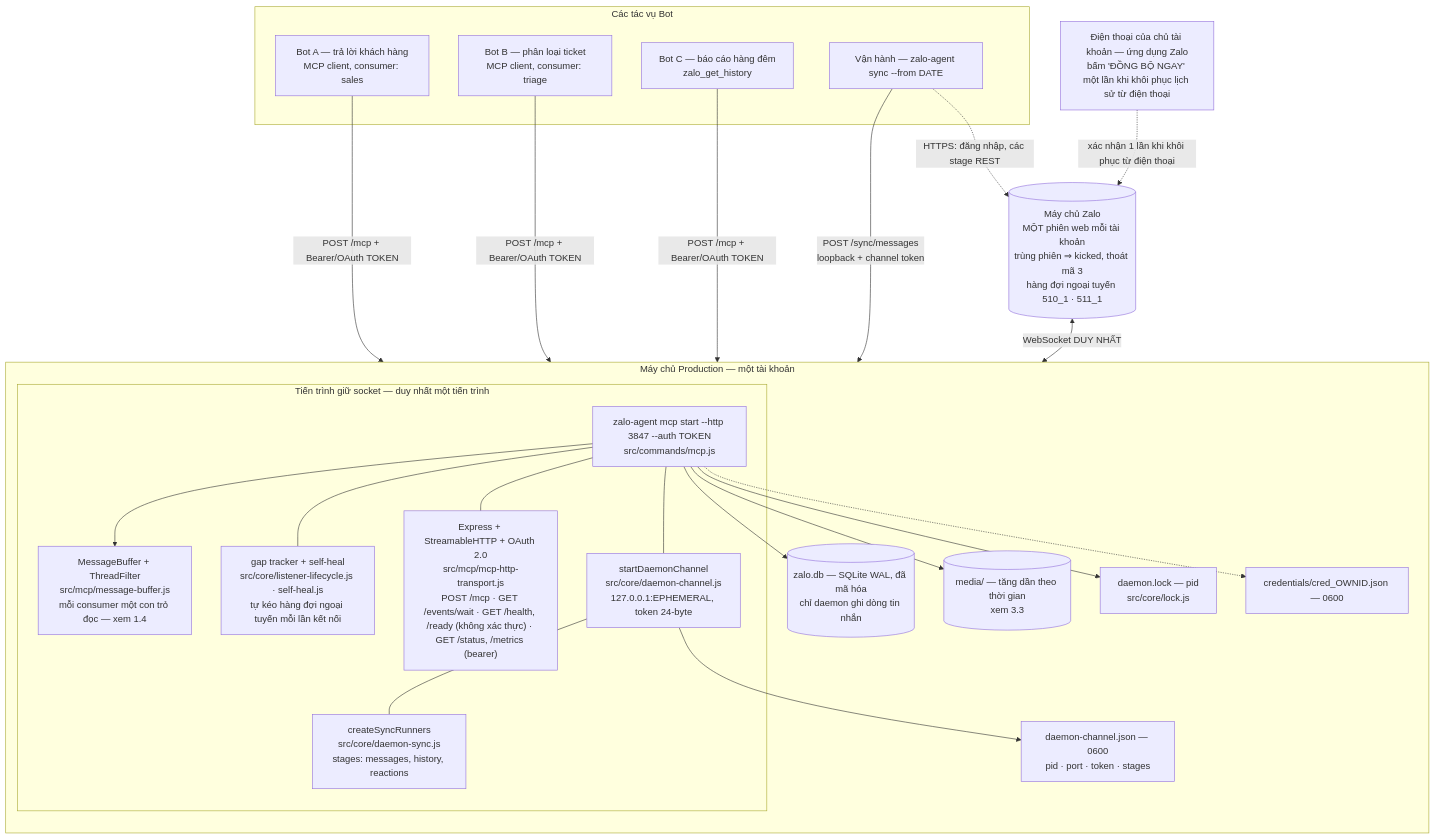
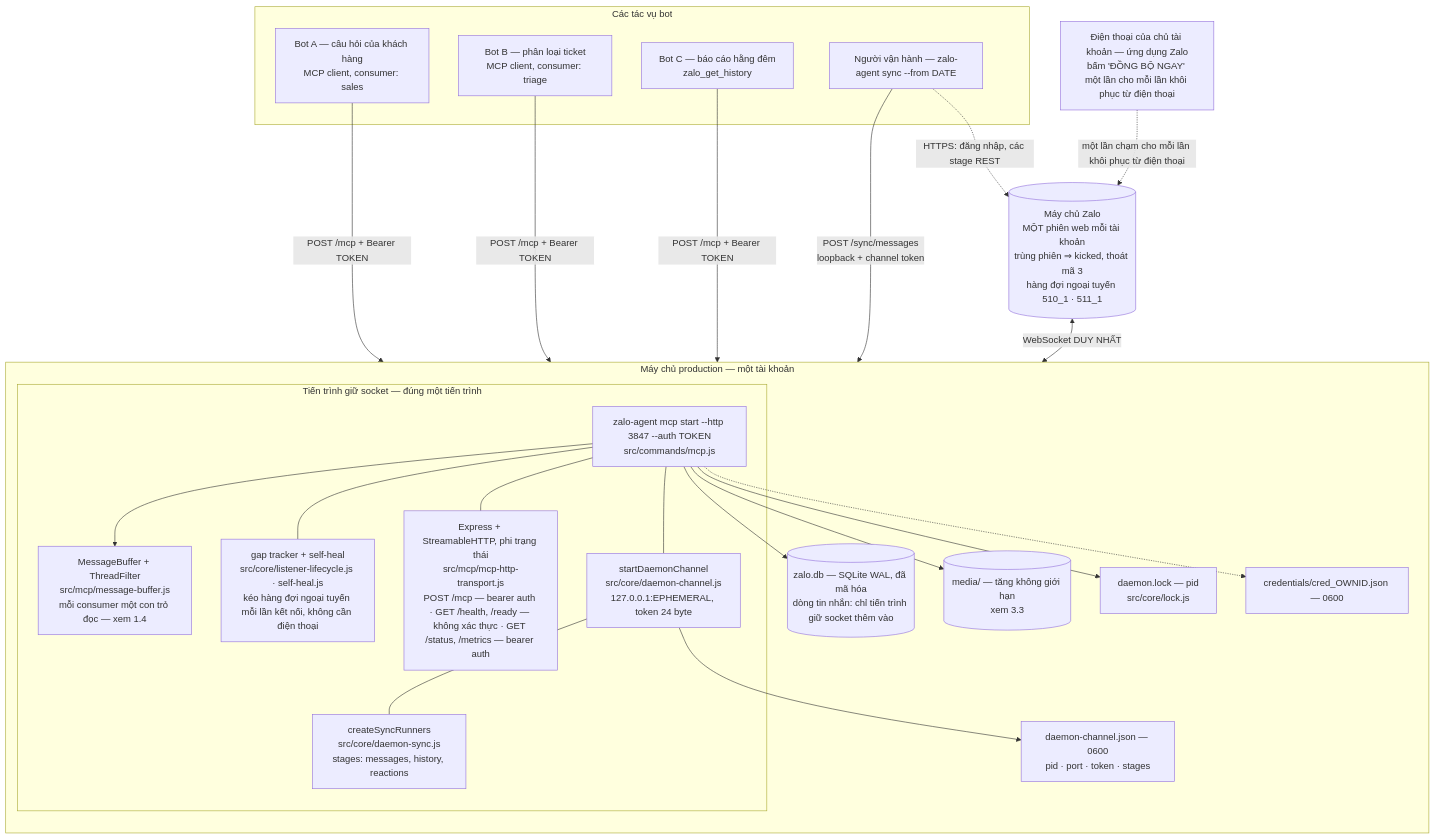
The first of 2 diagrams in docs/deployment.vi.md (ardennguyen/zalo-agent-cli), drawn with Mermaid before and after one commit. The commit also changed other lines of this file and 10 other files, not shown here.

````diff
--- a/docs/deployment.vi.md
+++ b/docs/deployment.vi.md
@@ -134,48 +191,48 @@
 ```mermaid
 flowchart TB
-    phone["Điện thoại của chủ tài khoản — ứng dụng Zalo<br/>bấm 'ĐỒNG BỘ NGAY' một lần khi khôi phục lịch sử từ điện thoại"]
+    phone["Điện thoại của chủ tài khoản — ứng dụng Zalo<br/>bấm 'ĐỒNG BỘ NGAY' một lần cho mỗi lần khôi phục từ điện thoại"]
     zalo[("Máy chủ Zalo<br/>MỘT phiên web mỗi tài khoản<br/>trùng phiên ⇒ kicked, thoát mã 3<br/>hàng đợi ngoại tuyến 510_1 · 511_1")]
 
-    subgraph host["Máy chủ Production — một tài khoản"]
+    subgraph host["Máy chủ production — một tài khoản"]
       direction TB
-      subgraph holder["Tiến trình giữ socket — duy nhất một tiến trình"]
+      subgraph holder["Tiến trình giữ socket — đúng một tiến trình"]
         proc["zalo-agent mcp start --http 3847 --auth TOKEN<br/>src/commands/mcp.js"]
-        http["Express + StreamableHTTP + OAuth 2.0<br/>src/mcp/mcp-http-transport.js<br/>POST /mcp · GET /events/wait · GET /health, /ready (không xác thực) · GET /status, /metrics (bearer)"]
+        http["Express + StreamableHTTP, phi trạng thái<br/>src/mcp/mcp-http-transport.js<br/>POST /mcp — bearer auth · GET /health, /ready — không xác thực · GET /status, /metrics — bearer auth"]
         buf["MessageBuffer + ThreadFilter<br/>src/mcp/message-buffer.js<br/>mỗi consumer một con trỏ đọc — xem 1.4"]
-        heal["gap tracker + self-heal<br/>src/core/listener-lifecycle.js · self-heal.js<br/>tự kéo hàng đợi ngoại tuyến mỗi lần kết nối"]
-        chan["startDaemonChannel<br/>src/core/daemon-channel.js<br/>127.0.0.1:EPHEMERAL, token 24-byte"]
+        heal["gap tracker + self-heal<br/>src/core/listener-lifecycle.js · self-heal.js<br/>kéo hàng đợi ngoại tuyến mỗi lần kết nối, không cần điện thoại"]
+        chan["startDaemonChannel<br/>src/core/daemon-channel.js<br/>127.0.0.1:EPHEMERAL, token 24 byte"]
         run["createSyncRunners<br/>src/core/daemon-sync.js<br/>stages: messages, history, reactions"]
       end
       lock["daemon.lock — pid<br/>src/core/lock.js"]
       cj["daemon-channel.json — 0600<br/>pid · port · token · stages"]
-      db[("zalo.db — SQLite WAL, đã mã hóa<br/>chỉ daemon ghi dòng tin nhắn")]
-      med[("media/ — tăng dần theo thời gian<br/>xem 3.3")]
+      db[("zalo.db — SQLite WAL, đã mã hóa<br/>dòng tin nhắn: chỉ tiến trình giữ socket thêm vào")]
+      med[("media/ — tăng không giới hạn<br/>xem 3.3")]
       cred["credentials/cred_OWNID.json — 0600"]
     end
 
-    subgraph bots["Các tác vụ Bot"]
-      b1["Bot A — trả lời khách hàng<br/>MCP client, consumer: sales"]
+    subgraph bots["Các tác vụ bot"]
+      b1["Bot A — câu hỏi của khách hàng<br/>MCP client, consumer: sales"]
       b2["Bot B — phân loại ticket<br/>MCP client, consumer: triage"]
-      b3["Bot C — báo cáo hàng đêm<br/>zalo_get_history"]
-      b4["Vận hành — zalo-agent sync --from DATE"]
+      b3["Bot C — báo cáo hằng đêm<br/>zalo_get_history"]
+      b4["Người vận hành — zalo-agent sync --from DATE"]
     end
 
-    phone -.->|"xác nhận 1 lần khi khôi phục từ điện thoại"| zalo
+    phone -.->|"một lần chạm cho mỗi lần khôi phục từ điện thoại"| zalo
     zalo <-->|"WebSocket DUY NHẤT"| proc
     proc --> buf
     proc --- heal
     proc --> db
     proc --> med
     proc --> lock
     proc --- http
     proc --- chan
     chan --- run
     chan --> cj
     proc -.-> cred
 
-    b1 -->|"POST /mcp + Bearer/OAuth TOKEN"| http
-    b2 -->|"POST /mcp + Bearer/OAuth TOKEN"| http
-    b3 -->|"POST /mcp + Bearer/OAuth TOKEN"| http
+    b1 -->|"POST /mcp + Bearer TOKEN"| http
+    b2 -->|"POST /mcp + Bearer TOKEN"| http
+    b3 -->|"POST /mcp + Bearer TOKEN"| http
     b4 -->|"POST /sync/messages<br/>loopback + channel token"| chan
     b4 -.->|"HTTPS: đăng nhập, các stage REST"| zalo
 ```
````
